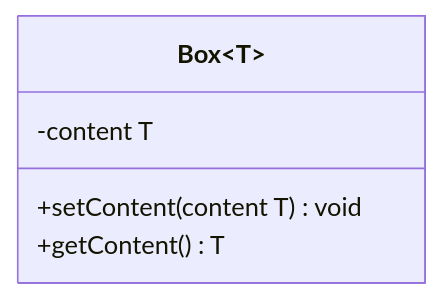
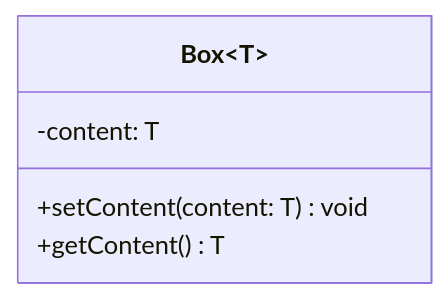
The sixth of 11 diagrams in docs/documentation/uml/class-diagrams.mdx (jappuccini/java-docs), drawn with Mermaid before and after one commit. The commit also changed other lines of this file and 76 other files, not shown here.

Commit message:
uml fixes (colons, properties), headline fixes (italic) and exam result updates

````diff
--- a/docs/documentation/uml/class-diagrams.mdx
+++ b/docs/documentation/uml/class-diagrams.mdx
@@ -120,8 +148,8 @@
 ```mermaid
 classDiagram
     class Box~T~ {
-        -content T
-        +setContent(content T) void
+        -content: T
+        +setContent(content: T) void
         +getContent() T
     }
 ```
````
